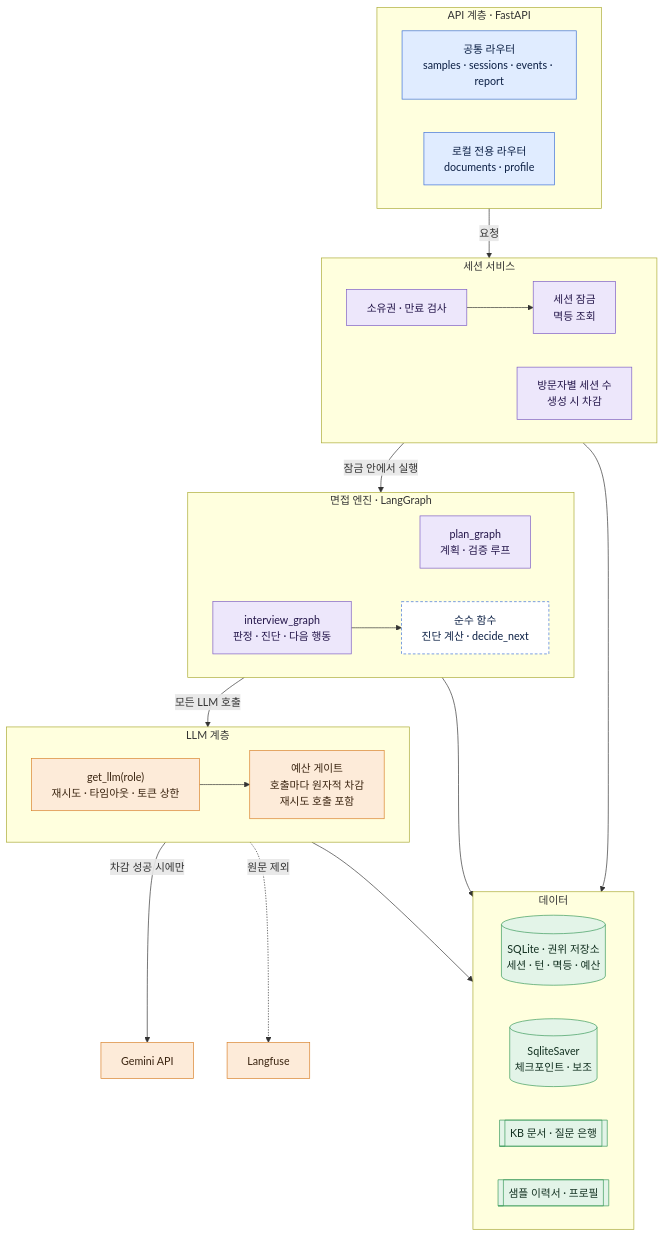
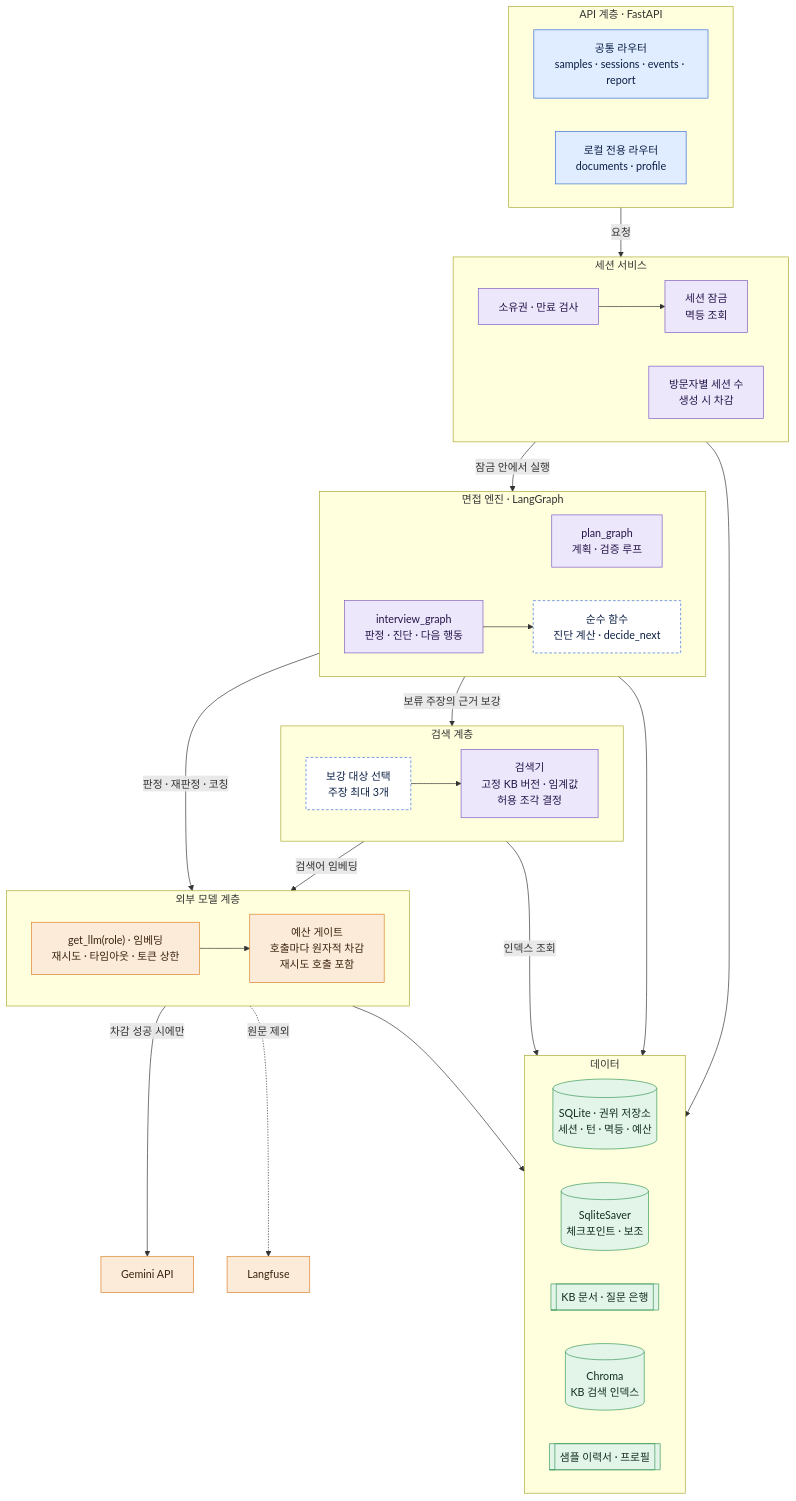
Before and after one commit to jiyoung720/ai-interview-coach: the third of 6 diagrams in docs/design_v2.md, drawn with Mermaid. The commit also changed other lines of this file, not shown here.

````diff
--- a/docs/design_v2.md
+++ b/docs/design_v2.md
@@ -563,56 +629,65 @@
 ```mermaid
 flowchart TB
     subgraph API["API 계층 · FastAPI"]
         direction LR
         RC["공통 라우터<br/>samples · sessions · events · report"]
         RL["로컬 전용 라우터<br/>documents · profile"]
     end
 
     subgraph SVC["세션 서비스"]
         direction LR
         OWN["소유권 · 만료 검사"] --> LOCK["세션 잠금<br/>멱등 조회"]
         VC["방문자별 세션 수<br/>생성 시 차감"]
     end
 
     subgraph ENG["면접 엔진 · LangGraph"]
         direction LR
         PG["plan_graph<br/>계획 · 검증 루프"]
         IG["interview_graph<br/>판정 · 진단 · 다음 행동"] --> PURE["순수 함수<br/>진단 계산 · decide_next"]
     end
 
-    subgraph LLMLAYER["LLM 계층"]
+    subgraph RETR["검색 계층"]
         direction LR
-        GL["get_llm(role)<br/>재시도 · 타임아웃 · 토큰 상한"] --> BUD["예산 게이트<br/>호출마다 원자적 차감<br/>재시도 호출 포함"]
+        SEL["보강 대상 선택<br/>주장 최대 3개"] --> RT["검색기<br/>고정 KB 버전 · 임계값<br/>허용 조각 결정"]
+    end
+
+    subgraph LLMLAYER["외부 모델 계층"]
+        direction LR
+        GL["get_llm(role) · 임베딩<br/>재시도 · 타임아웃 · 토큰 상한"] --> BUD["예산 게이트<br/>호출마다 원자적 차감<br/>재시도 호출 포함"]
     end
 
     subgraph DATA["데이터"]
         direction LR
         SQL[("SQLite · 권위 저장소<br/>세션 · 턴 · 멱등 · 예산")]
         CK[("SqliteSaver<br/>체크포인트 · 보조")]
         KB[["KB 문서 · 질문 은행"]]
+        IDX[("Chroma<br/>KB 검색 인덱스")]
         SMP[["샘플 이력서 · 프로필"]]
     end
 
     GEMINI["Gemini API"]
     TRACE["Langfuse"]
 
     API -->|"요청"| SVC
     SVC -->|"잠금 안에서 실행"| ENG
-    ENG -->|"모든 LLM 호출"| LLMLAYER
+    ENG -->|"판정 · 재판정 · 코칭"| LLMLAYER
+    ENG -->|"보류 주장의 근거 보강"| RETR
+    RETR -->|"검색어 임베딩"| LLMLAYER
     LLMLAYER -->|"차감 성공 시에만"| GEMINI
     LLMLAYER -.->|"원문 제외"| TRACE
     SVC --> DATA
     ENG --> DATA
+    RETR -->|"인덱스 조회"| DATA
     LLMLAYER --> DATA
 
     classDef api fill:#E0ECFF,stroke:#3B6FD8,color:#0B1F44
     classDef svc fill:#EDE7FB,stroke:#7C5CC4,color:#24164A
     classDef pure fill:#FFFFFF,stroke:#3B6FD8,color:#0B1F44,stroke-dasharray:4 3
     classDef llm fill:#FDEBD9,stroke:#D9822B,color:#3A2410
     classDef store fill:#E3F4E8,stroke:#3A9A5B,color:#123020
     class RC,RL api
-    class OWN,LOCK,VC,PG,IG svc
-    class PURE pure
+    class OWN,LOCK,VC,PG,IG,RT svc
+    class PURE,SEL pure
     class GL,BUD,GEMINI,TRACE llm
-    class SQL,CK,KB,SMP store
+    class SQL,CK,KB,SMP,IDX store
 ```
````
